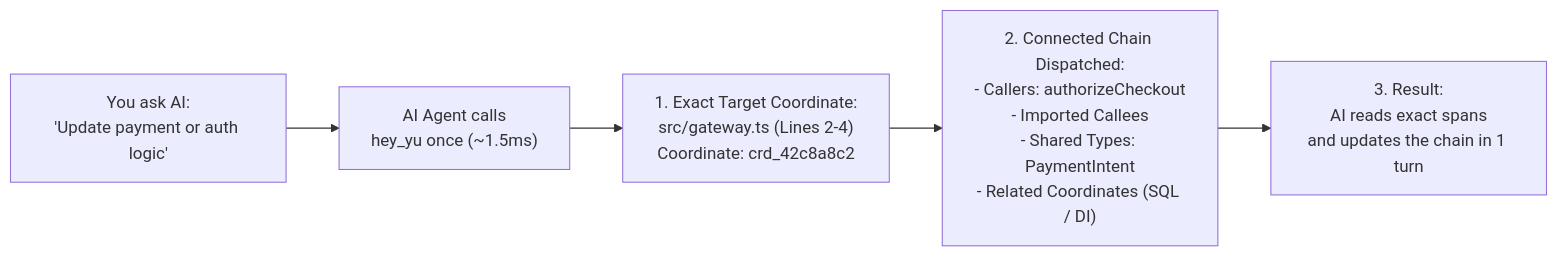
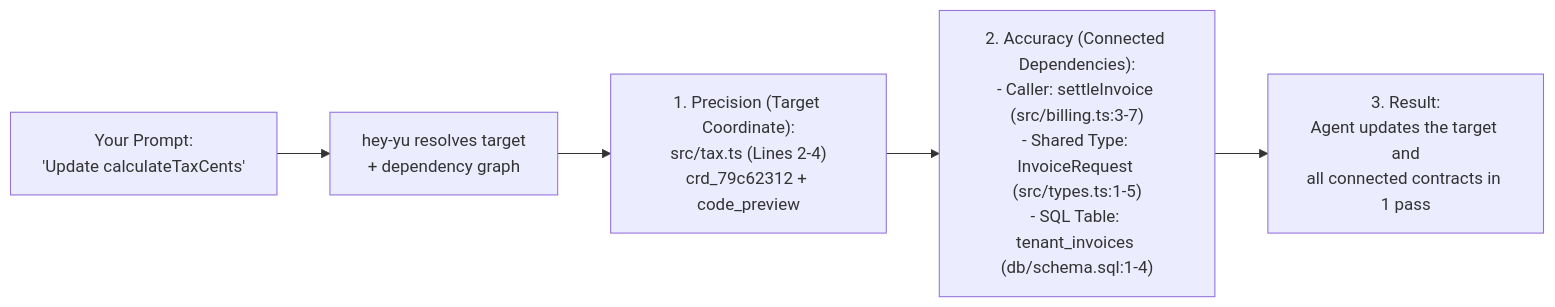
The first of 2 diagrams in README.md (yuyurooms/hey-yu), drawn with Mermaid before and after one commit. The commit also changed other lines of this file and 4 other files, not shown here.

````diff
--- a/README.md
+++ b/README.md
@@ -70,7 +101,7 @@
 ```mermaid
 flowchart LR
-    User["You ask AI:<br/>'Update payment or auth logic'"] --> Agent["AI Agent calls<br/>hey_yu once (~1.5ms)"]
-    Agent --> Square["1. Exact Target Coordinate:<br/>src/gateway.ts (Lines 2-4)<br/>Coordinate: crd_42c8a8c2"]
-    Square --> Spine["2. Connected Chain Dispatched:<br/>- Callers: authorizeCheckout<br/>- Imported Callees<br/>- Shared Types: PaymentIntent<br/>- Related Coordinates (SQL / DI)"]
-    Spine --> Done["3. Result:<br/>AI reads exact spans<br/>and updates the chain in 1 turn"]
+    Prompt["Your Prompt:<br/>'Update calculateTaxCents'"] --> Resolve["hey-yu resolves target<br/>+ dependency graph"]
+    Resolve --> Target["1. Precision (Target Coordinate):<br/>src/tax.ts (Lines 2-4)<br/>crd_79c62312 + code_preview"]
+    Target --> Deps["2. Accuracy (Connected Dependencies):<br/>- Caller: settleInvoice (src/billing.ts:3-7)<br/>- Shared Type: InvoiceRequest (src/types.ts:1-5)<br/>- SQL Table: tenant_invoices (db/schema.sql:1-4)"]
+    Deps --> Result["3. Result:<br/>Agent updates the target and<br/>all connected contracts in 1 pass"]
 ```
````
